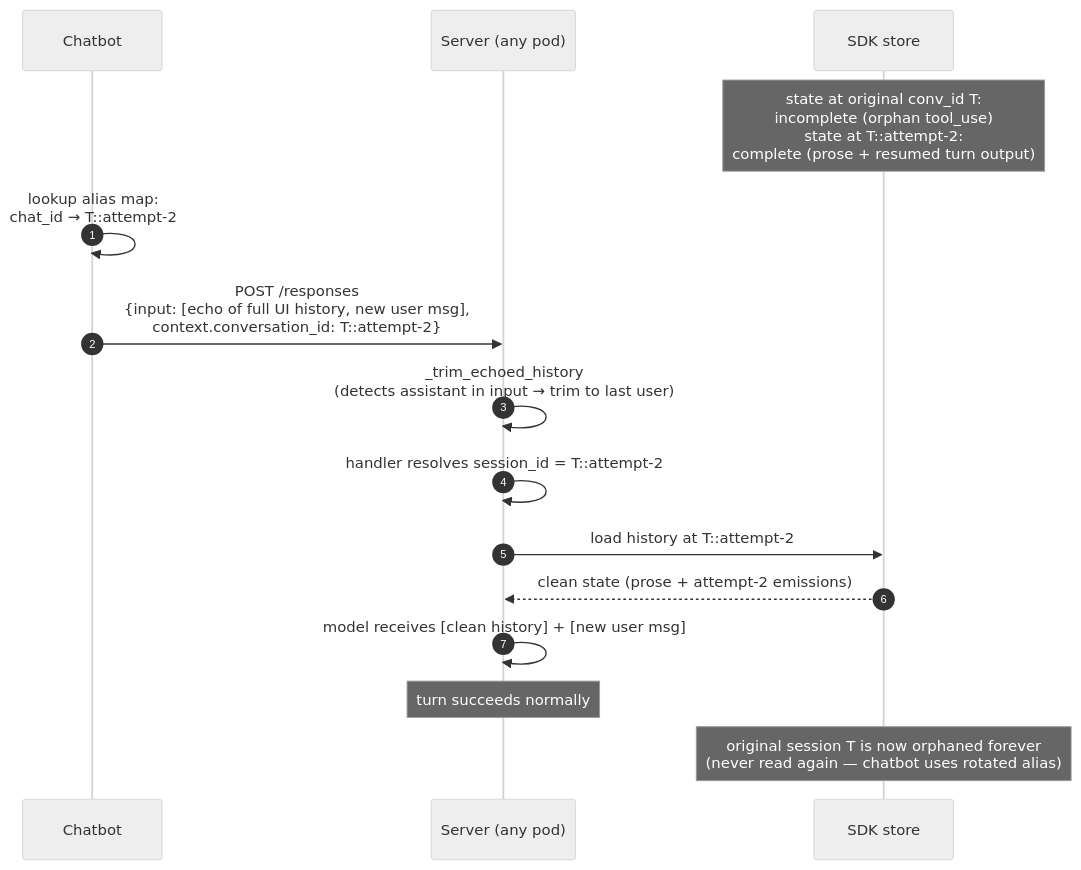
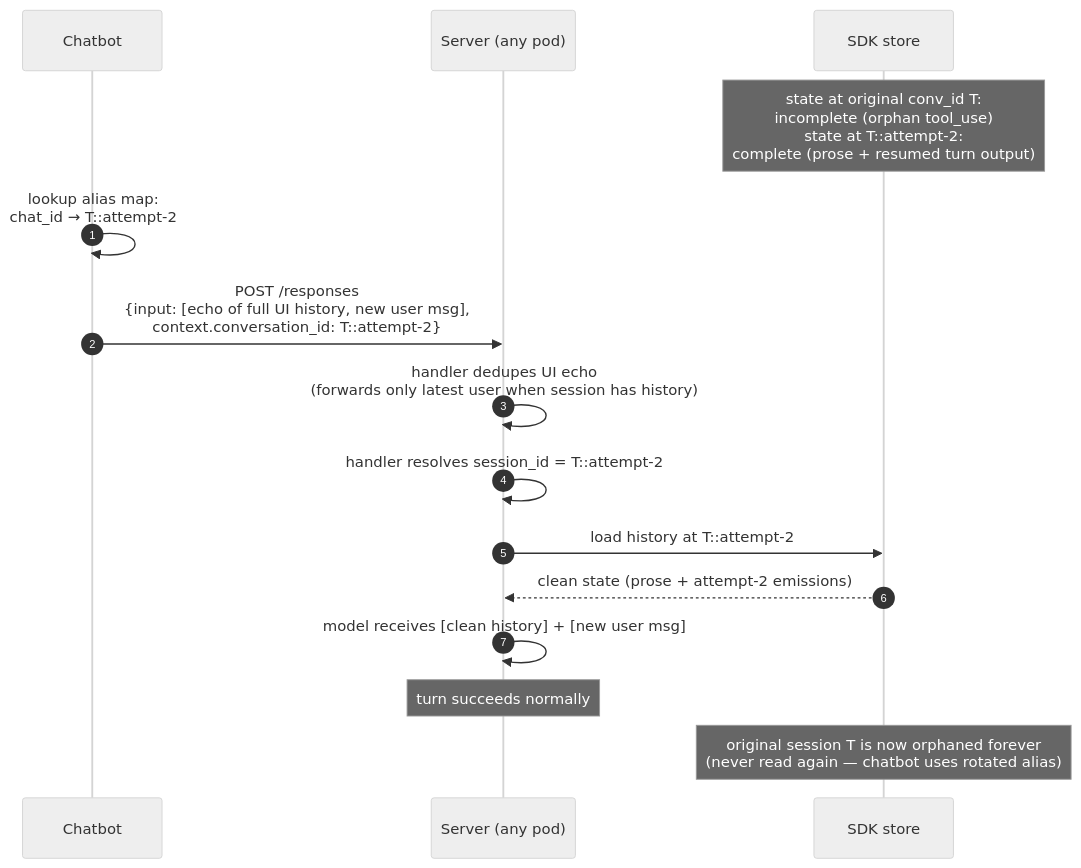
The second of 9 diagrams in src/databricks_ai_bridge/long_running/AGENTS.md (databricks/databricks-ai-bridge), drawn with Mermaid (neutral theme) before and after one commit. The commit also changed other lines of this file and 2 other files, not shown here.

First line of the commit message:
Move UI-echo dedup out of bridge; per-template handlers do it

````diff
--- a/src/databricks_ai_bridge/long_running/AGENTS.md
+++ b/src/databricks_ai_bridge/long_running/AGENTS.md
@@ -121,20 +121,20 @@
 ```mermaid
 sequenceDiagram
     autonumber
     participant C as Chatbot
     participant S as Server (any pod)
     participant SDK as SDK store
 
     Note over SDK: state at original conv_id T:<br/>incomplete (orphan tool_use)<br/>state at T::attempt-2:<br/>complete (prose + resumed turn output)
 
     C->>C: lookup alias map:<br/>chat_id → T::attempt-2
     C->>S: POST /responses<br/>{input: [echo of full UI history, new user msg],<br/> context.conversation_id: T::attempt-2}
-    S->>S: _trim_echoed_history<br/>(detects assistant in input → trim to last user)
+    S->>S: handler dedupes UI echo<br/>(forwards only latest user when session has history)
     S->>S: handler resolves session_id = T::attempt-2
     S->>SDK: load history at T::attempt-2
     SDK-->>S: clean state (prose + attempt-2 emissions)
     S->>S: model receives [clean history] + [new user msg]
     Note over S: turn succeeds normally
 
     Note over SDK: original session T is now orphaned forever<br/>(never read again — chatbot uses rotated alias)
 ```
````
